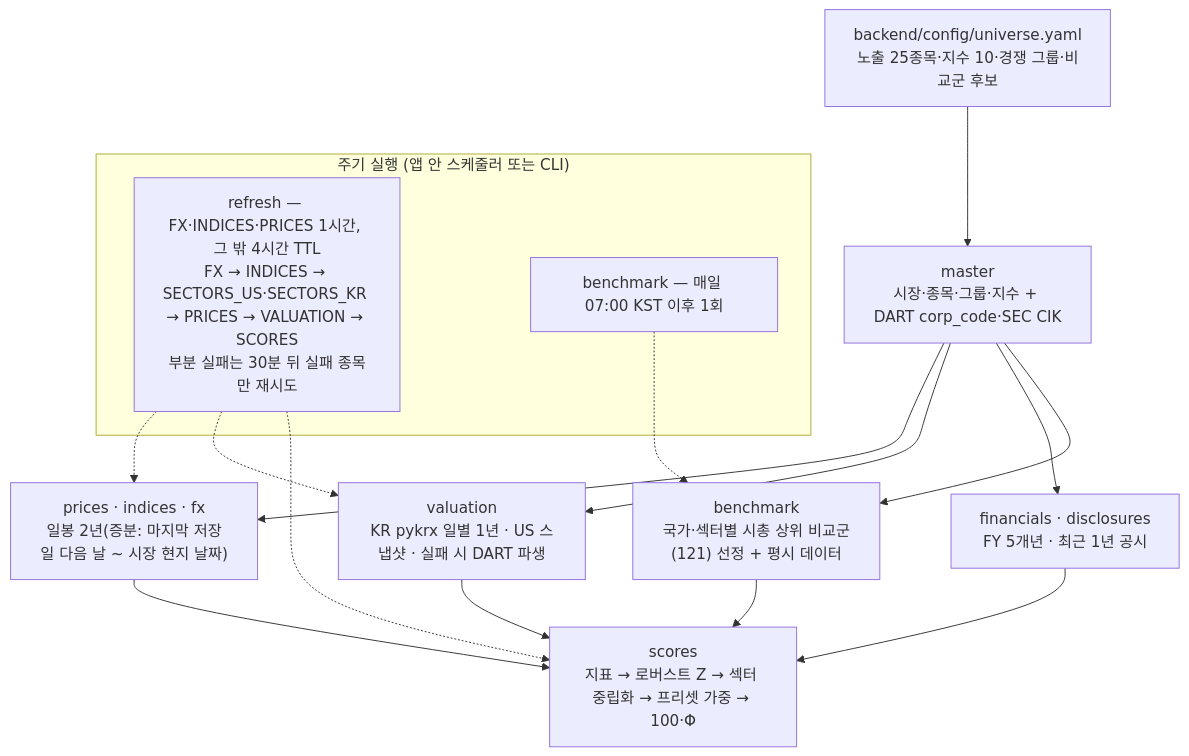
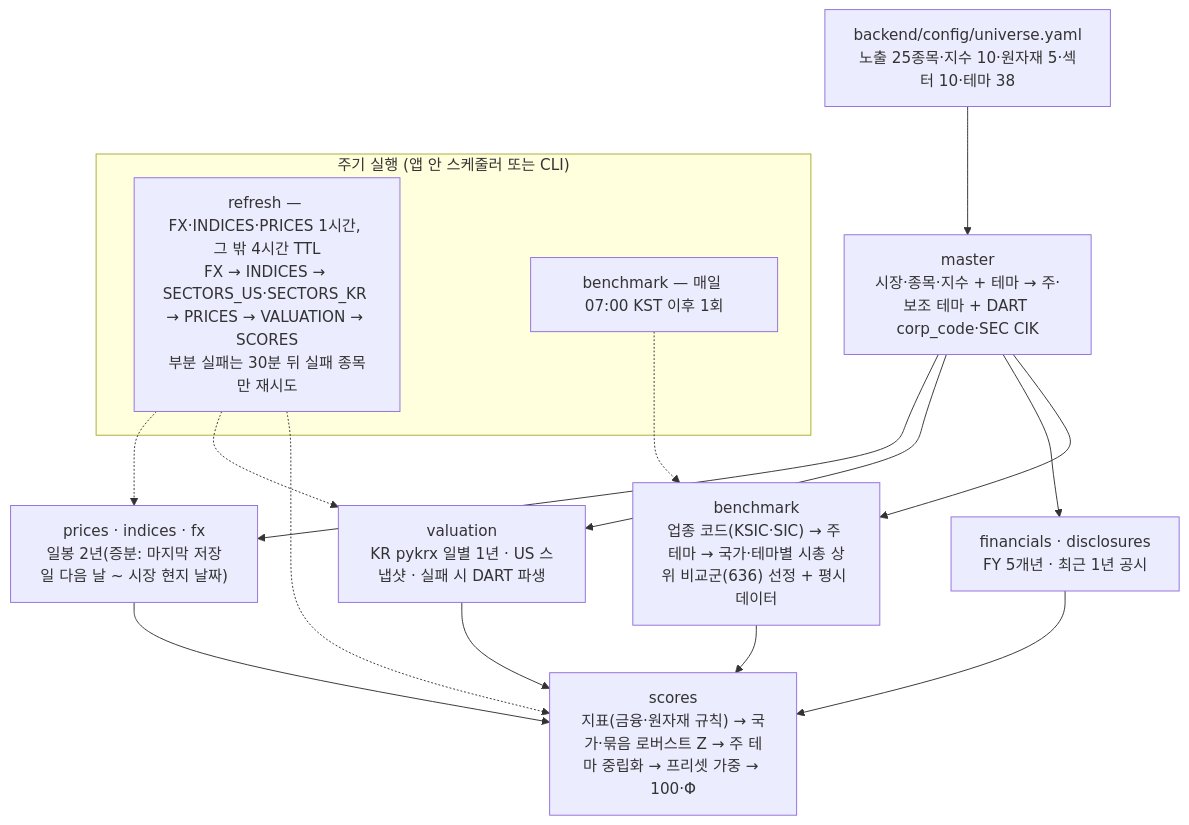
The third of 4 diagrams in 개발산출물/architecture.md (Hunseokc/ax_class_semiproject), drawn with Mermaid before and after one commit. The commit also changed other lines of this file and 14 other files, not shown here.

````diff
--- a/개발산출물/architecture.md
+++ b/개발산출물/architecture.md
@@ -82,16 +84,16 @@
 ```mermaid
 flowchart TD
-  U["backend/config/universe.yaml<br/>노출 25종목·지수 10·경쟁 그룹·비교군 후보"] --> M["master<br/>시장·종목·그룹·지수 + DART corp_code·SEC CIK"]
+  U["backend/config/universe.yaml<br/>노출 25종목·지수 10·원자재 5·섹터 10·테마 38"] --> M["master<br/>시장·종목·지수 + 테마 → 주·보조 테마 + DART corp_code·SEC CIK"]
   M --> P["prices · indices · fx<br/>일봉 2년(증분: 마지막 저장일 다음 날 ~ 시장 현지 날짜)"]
   M --> V["valuation<br/>KR pykrx 일별 1년 · US 스냅샷 · 실패 시 DART 파생"]
   M --> F["financials · disclosures<br/>FY 5개년 · 최근 1년 공시"]
-  P & V & F --> S["scores<br/>지표 → 로버스트 Z → 섹터 중립화 → 프리셋 가중 → 100·Φ"]
-  M --> B["benchmark<br/>국가·섹터별 시총 상위 비교군(121) 선정 + 평시 데이터"]
+  P & V & F --> S["scores<br/>지표(금융·원자재 규칙) → 국가·묶음 로버스트 Z → 주 테마 중립화 → 프리셋 가중 → 100·Φ"]
+  M --> B["benchmark<br/>업종 코드(KSIC·SIC) → 주 테마 → 국가·테마별 시총 상위 비교군(636) 선정 + 평시 데이터"]
   B --> S
   subgraph RUN["주기 실행 (앱 안 스케줄러 또는 CLI)"]
     RF["refresh — FX·INDICES·PRICES 1시간, 그 밖 4시간 TTL<br/>FX → INDICES → SECTORS_US·SECTORS_KR → PRICES → VALUATION → SCORES<br/>부분 실패는 30분 뒤 실패 종목만 재시도"]
     BD["benchmark — 매일 07:00 KST 이후 1회"]
   end
   RF -.-> P & V & S
   BD -.-> B
 ```
````
